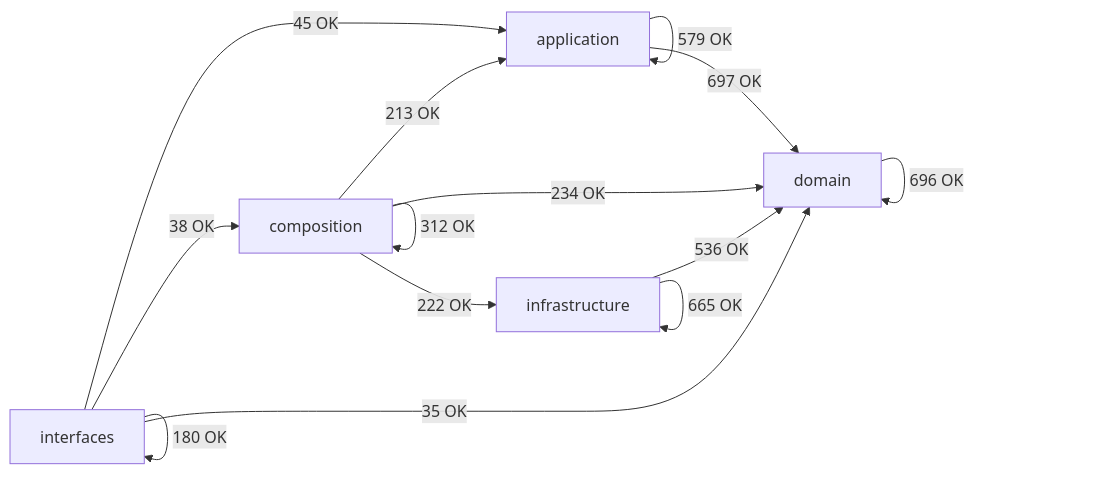
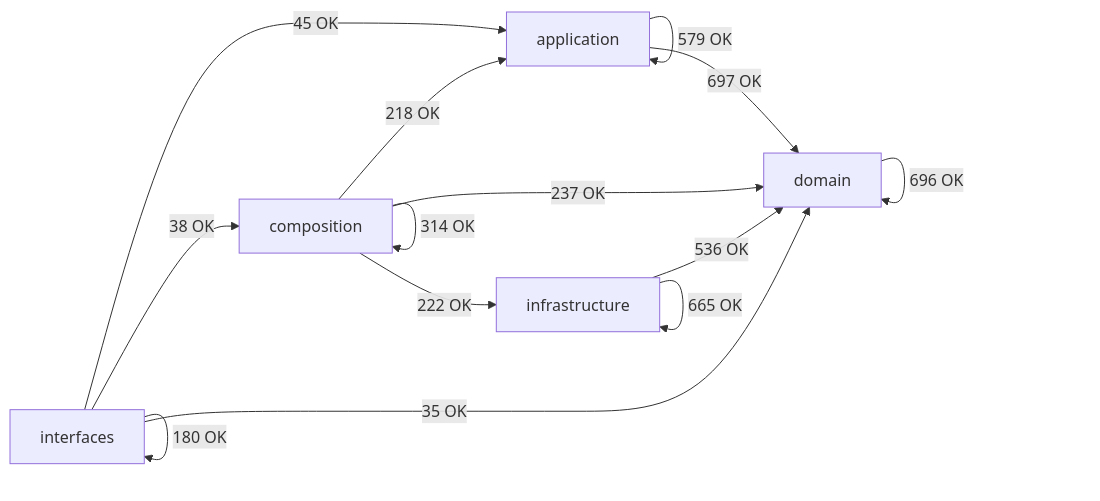
Before and after one commit to SatoryKono/BioactivityDataAcquisition: the diagram in docs/02-architecture/generated/module-dependency-map.md, drawn with Mermaid. The commit also changed other lines of this file and 20 other files, not shown here.

````diff
--- a/docs/02-architecture/generated/module-dependency-map.md
+++ b/docs/02-architecture/generated/module-dependency-map.md
@@ -16,21 +16,21 @@
 ```mermaid
 flowchart LR
     domain[domain]
     application[application]
     infrastructure[infrastructure]
     composition[composition]
     interfaces[interfaces]
     application -->|579 OK| application
     application -->|697 OK| domain
-    composition -->|213 OK| application
-    composition -->|312 OK| composition
-    composition -->|234 OK| domain
+    composition -->|218 OK| application
+    composition -->|314 OK| composition
+    composition -->|237 OK| domain
     composition -->|222 OK| infrastructure
     domain -->|696 OK| domain
     infrastructure -->|536 OK| domain
     infrastructure -->|665 OK| infrastructure
     interfaces -->|45 OK| application
     interfaces -->|38 OK| composition
     interfaces -->|35 OK| domain
     interfaces -->|180 OK| interfaces
 ```
````
